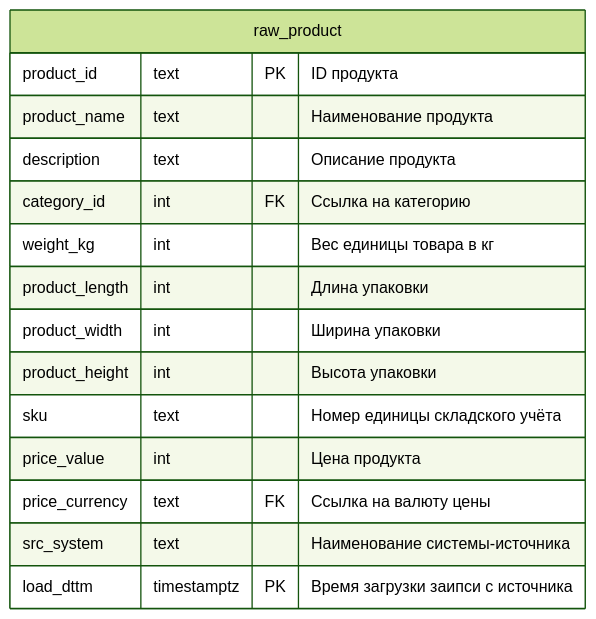
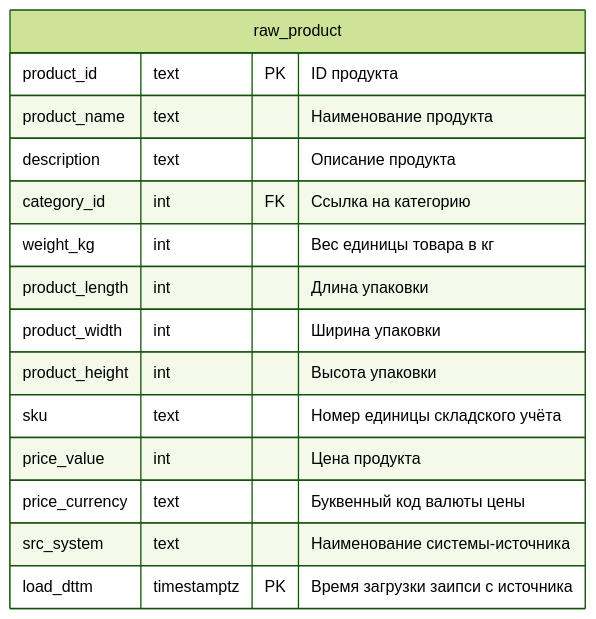
Before and after one commit to vgorbikov/dq-practice: the second of 12 diagrams in docs/db_schema/Сырые данные.md, drawn with Mermaid (forest theme). The commit also changed other lines of this file and 2 other files, not shown here.

Commit message:
fix db schema

````diff
--- a/docs/db_schema/Сырые данные.md
+++ b/docs/db_schema/Сырые данные.md
@@ -40,20 +40,20 @@
 ```mermaid
 erDiagram
 
 raw_product {
     product_id text PK "ID продукта"
     product_name text "Наименование продукта"
     description text "Описание продукта"
     category_id int FK "Ссылка на категорию"
     weight_kg int "Вес единицы товара в кг"
     product_length int "Длина упаковки"
     product_width int "Ширина упаковки"
     product_height int "Высота упаковки"
     sku text "Номер единицы складского учёта"
     price_value int "Цена продукта"
-    price_currency text FK "Ссылка на валюту цены"
+    price_currency text "Буквенный код валюты цены"
     src_system text "Наименование системы-источника"
     load_dttm timestamptz PK "Время загрузки заипси с источника"
 }
 
 ```
````
